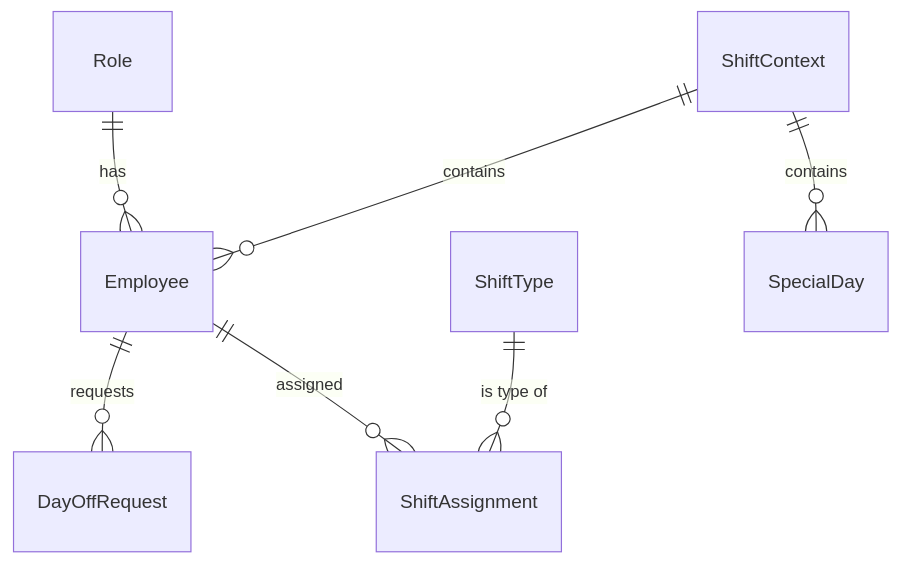
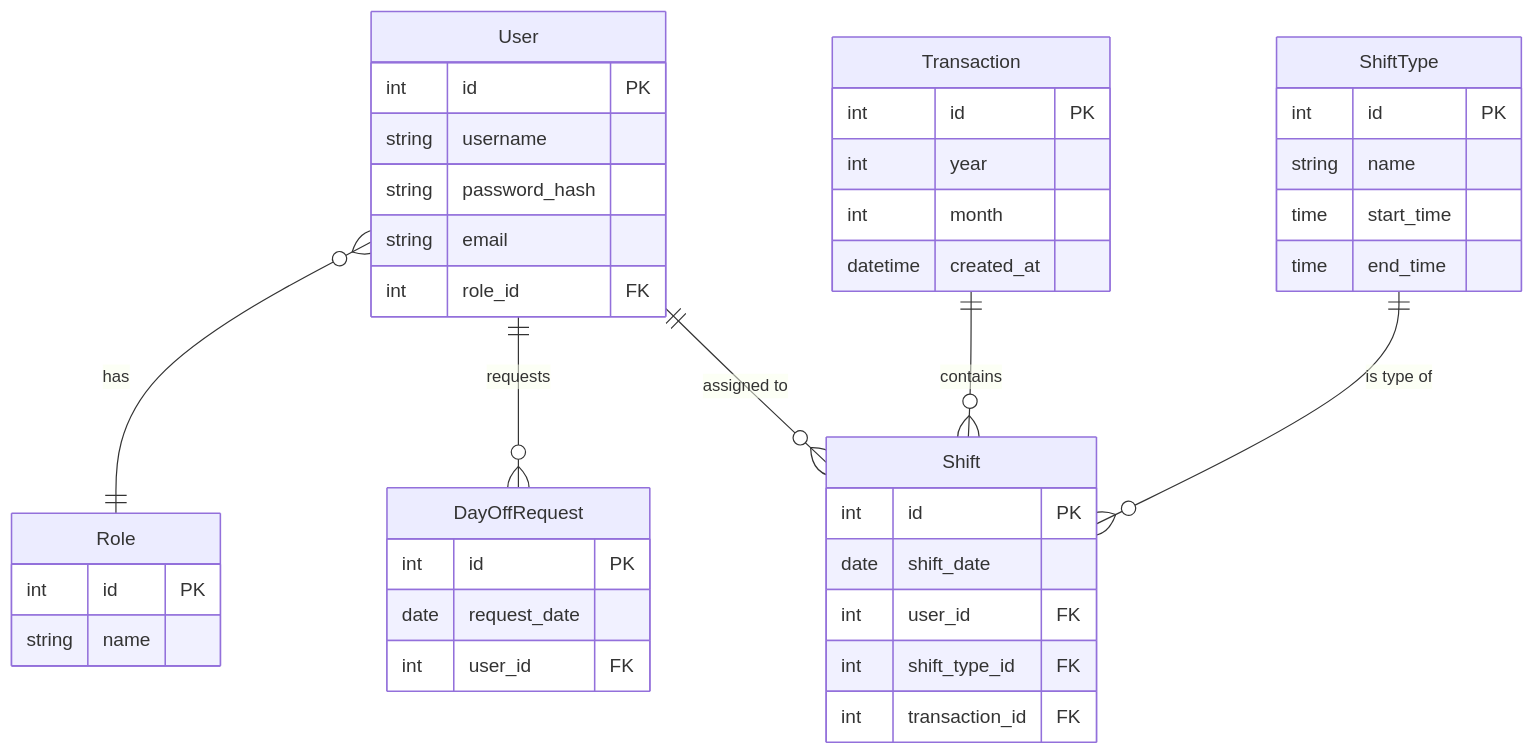
Before and after one commit to yapitaku9/shifpita_mvp: the diagram in docs/relationships.md, drawn with Mermaid. The commit also changed other lines of this file and 61 other files, not shown here.

````diff
--- a/docs/relationships.md
+++ b/docs/relationships.md
@@ -8,9 +9,44 @@
 ```mermaid
 erDiagram
-    Role ||--o{ Employee : "has"
-    Employee ||--o{ DayOffRequest : "requests"
-    Employee ||--o{ ShiftAssignment : "assigned"
-    ShiftType ||--o{ ShiftAssignment : "is type of"
-    ShiftContext ||--o{ SpecialDay : "contains"
-    ShiftContext ||--o{ Employee : "contains"
+    User {
+        int id PK
+        string username
+        string password_hash
+        string email
+        int role_id FK
+    }
+    Role {
+        int id PK
+        string name
+    }
+    DayOffRequest {
+        int id PK
+        date request_date
+        int user_id FK
+    }
+    Transaction {
+        int id PK
+        int year
+        int month
+        datetime created_at
+    }
+    Shift {
+        int id PK
+        date shift_date
+        int user_id FK
+        int shift_type_id FK
+        int transaction_id FK
+    }
+    ShiftType {
+        int id PK
+        string name
+        time start_time
+        time end_time
+    }
+
+    User ||--o{ DayOffRequest : "requests"
+    User ||--o{ Shift : "assigned to"
+    User }o--|| Role : "has"
+    Transaction ||--o{ Shift : "contains"
+    ShiftType ||--o{ Shift : "is type of"
 ```
````
